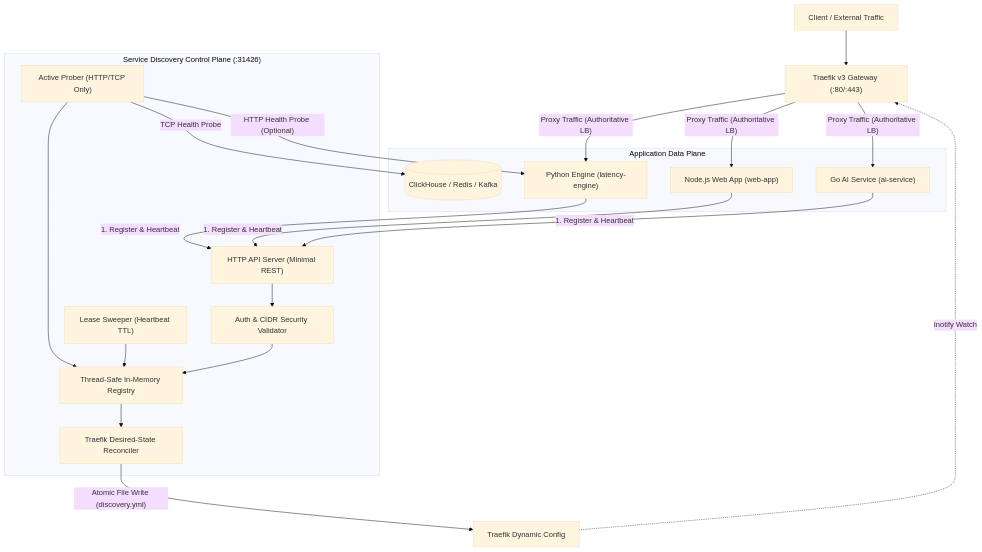
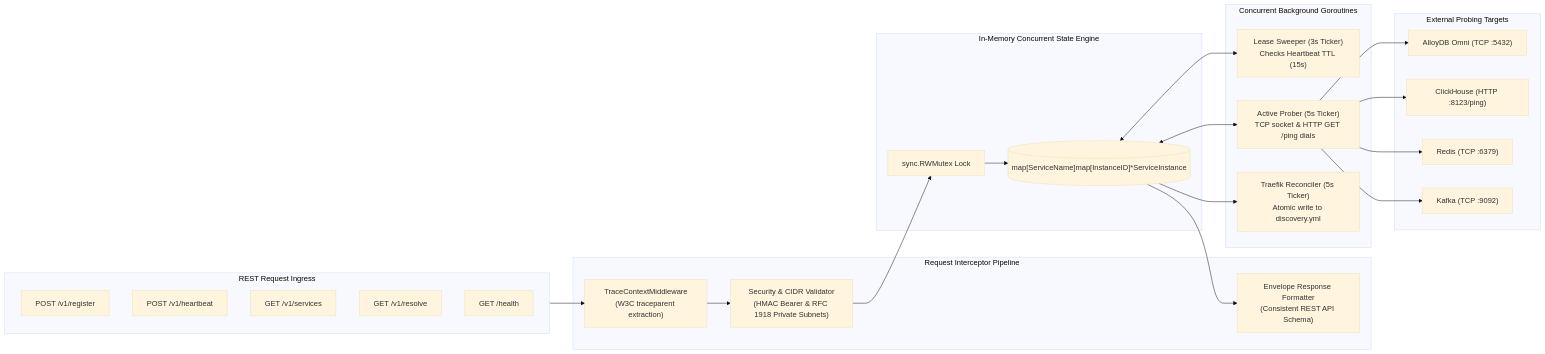
Before and after one commit to Chief-Strategist-J/llm-obs-infra: the second of 7 diagrams in docs/architectureDoc/adr-0009-service-registry-and-discovery.md, drawn with Mermaid (base theme). The commit also changed other lines of this file and 1 other file, not shown here.

````diff
--- a/docs/architectureDoc/adr-0009-service-registry-and-discovery.md
+++ b/docs/architectureDoc/adr-0009-service-registry-and-discovery.md
@@ -91,40 +150,49 @@
 ```mermaid
-graph TD
-    Client["Client / External Traffic"] --> Traefik["Traefik v3 Gateway (:80/:443)"]
-
-    subgraph Control_Plane["Service Discovery Control Plane (:31426)"]
-        Server["HTTP API Server (Minimal REST)"]
-        AuthValidator["Auth & CIDR Security Validator"]
-        RegistryEngine["Thread-Safe In-Memory Registry"]
-        LeaseMgr["Lease Sweeper (Heartbeat TTL)"]
-        ActiveProber["Active Prober (HTTP/TCP Only)"]
-        Reconciler["Traefik Desired-State Reconciler"]
-
-        Server --> AuthValidator
-        AuthValidator --> RegistryEngine
-        LeaseMgr --> RegistryEngine
-        ActiveProber --> RegistryEngine
-        RegistryEngine --> Reconciler
+flowchart LR
+    subgraph IngressAPI["REST Request Ingress"]
+        R_Reg["POST /v1/register"]
+        R_HB["POST /v1/heartbeat"]
+        R_List["GET /v1/services"]
+        R_Res["GET /v1/resolve"]
+        R_Health["GET /health"]
     end
 
-    subgraph Data_Plane["Application Data Plane"]
-        PyService["Python Engine (latency-engine)"]
-        NodeService["Node.js Web App (web-app)"]
-        GoService["Go AI Service (ai-service)"]
-        InfraDB[("ClickHouse / Redis / Kafka")]
+    subgraph RequestPipeline["Request Interceptor Pipeline"]
+        TraceMW["TraceContextMiddleware<br/>(W3C traceparent extraction)"]
+        AuthVal["Security & CIDR Validator<br/>(HMAC Bearer & RFC 1918 Private Subnets)"]
+        EnvelopeOut["Envelope Response Formatter<br/>(Consistent REST API Schema)"]
     end
 
-    Reconciler -->|"Atomic File Write (discovery.yml)"| DynFile["Traefik Dynamic Config"]
-    DynFile -.->|"Inotify Watch"| Traefik
+    subgraph CoreEngine["In-Memory Concurrent State Engine"]
+        RWMutex["sync.RWMutex Lock"]
+        StateStore[("map[ServiceName]map[InstanceID]*ServiceInstance")]
+    end
 
-    Traefik -->|"Proxy Traffic (Authoritative LB)"| PyService
-    Traefik -->|"Proxy Traffic (Authoritative LB)"| NodeService
-    Traefik -->|"Proxy Traffic (Authoritative LB)"| GoService
+    subgraph AsyncDaemons["Concurrent Background Goroutines"]
+        LeaseSweeper["Lease Sweeper (3s Ticker)<br/>Checks Heartbeat TTL (15s)"]
+        ActiveProber["Active Prober (5s Ticker)<br/>TCP socket & HTTP GET /ping dials"]
+        TraefikReconciler["Traefik Reconciler (5s Ticker)<br/>Atomic write to discovery.yml"]
+    end
 
-    PyService -->|"1. Register & Heartbeat"| Server
-    NodeService -->|"1. Register & Heartbeat"| Server
-    GoService -->|"1. Register & Heartbeat"| Server
+    subgraph ExternalTargets["External Probing Targets"]
+        DB_Alloy["AlloyDB Omni (TCP :5432)"]
+        DB_Click["ClickHouse (HTTP :8123/ping)"]
+        DB_Redis["Redis (TCP :6379)"]
+        DB_Kafka["Kafka (TCP :9092)"]
+    end
 
-    ActiveProber -->|"TCP Health Probe"| InfraDB
-    ActiveProber -->|"HTTP Health Probe (Optional)"| PyService
+    IngressAPI --> TraceMW
+    TraceMW --> AuthVal
+    AuthVal --> RWMutex
+    RWMutex --> StateStore
+    StateStore --> EnvelopeOut
+
+    StateStore <--> LeaseSweeper
+    StateStore <--> ActiveProber
+    StateStore --> TraefikReconciler
+
+    ActiveProber --> DB_Alloy
+    ActiveProber --> DB_Click
+    ActiveProber --> DB_Redis
+    ActiveProber --> DB_Kafka
 ```
````
